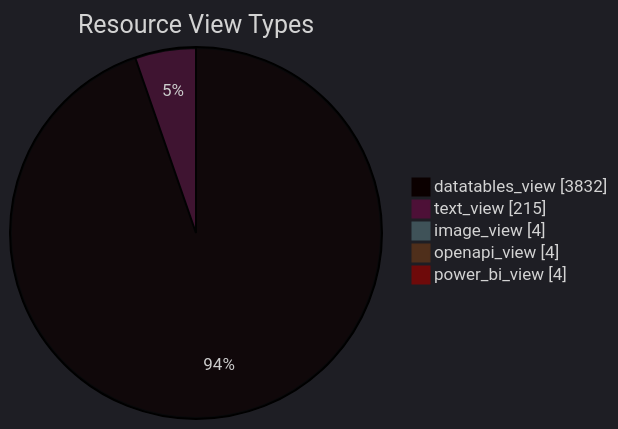
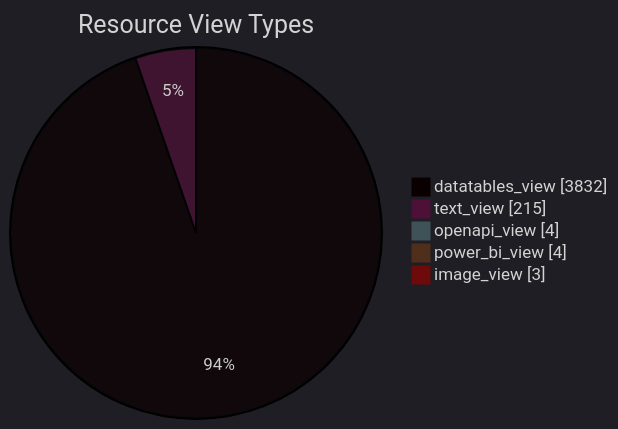
One commit to open-data/analytics-corporate-reporting changed the diagram in datastore_tracker/resource_view_types_pie_chart.md. Above: the diagram before and after it, drawn with Mermaid. The commit also changed 11 other files, not shown here.

````diff
--- a/datastore_tracker/resource_view_types_pie_chart.md
+++ b/datastore_tracker/resource_view_types_pie_chart.md
@@ -2,12 +2,12 @@
 ```mermaid
 ---
 config:
   theme: dark
 ---
 pie showData title Resource View Types
     "datatables_view": 3832
     "text_view": 215
-    "image_view": 4
     "openapi_view": 4
     "power_bi_view": 4
+    "image_view": 3
 ```
````
